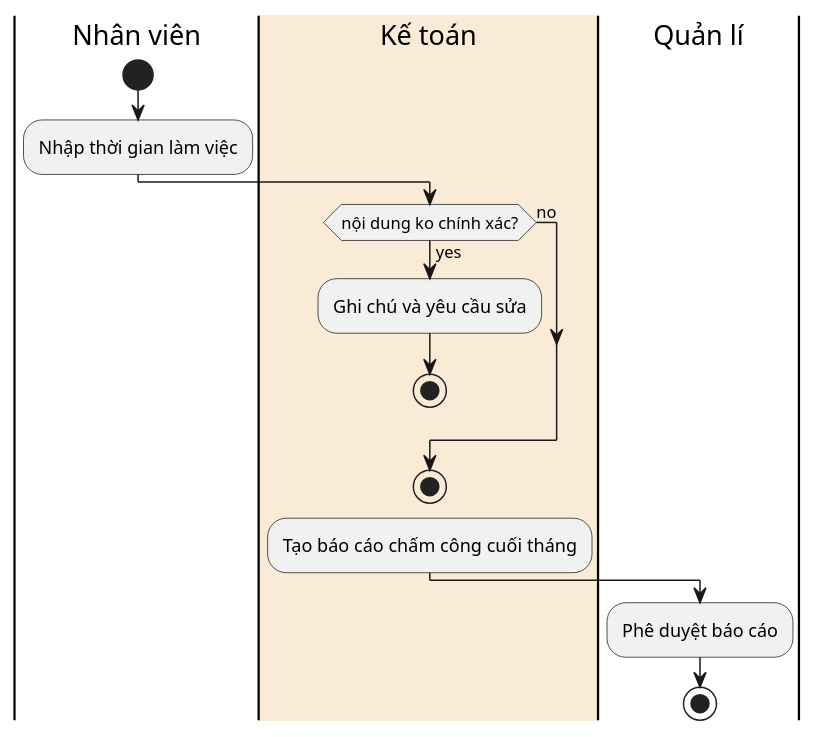
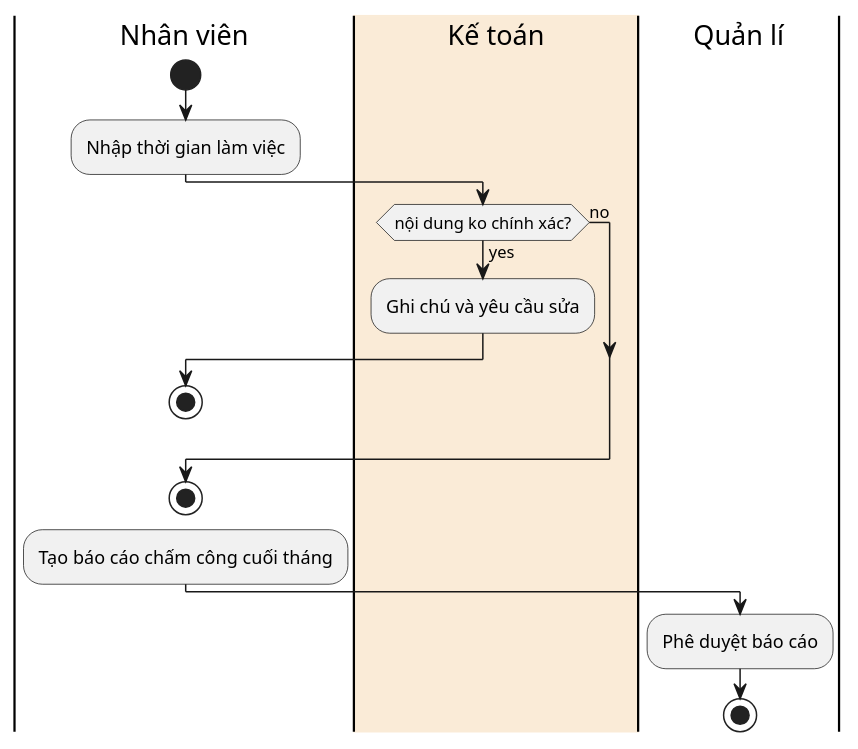
Before and after one commit to oximenvn/Working-Time-Management: the diagram in WorkFlow_01_Nghiep_vu_chung.puml, drawn with PlantUML.

Commit message:
[Modify] Sua nghiep vu chung.

```diff
--- a/WorkFlow_01_Nghiep_vu_chung.puml
+++ b/WorkFlow_01_Nghiep_vu_chung.puml
@@ -2,17 +2,18 @@
 @startuml
 |Nhân viên|
 start
 :Nhập thời gian làm việc;
 |#AntiqueWhite|Kế toán|
 if(nội dung ko chính xác?) then (yes)
     :Ghi chú và yêu cầu sửa;
+    |Nhân viên|
     stop
 else (no)
 endif
 stop 
 
 :Tạo báo cáo chấm công cuối tháng;
 |Quản lí|
 :Phê duyệt báo cáo;
 stop
 @enduml
```
